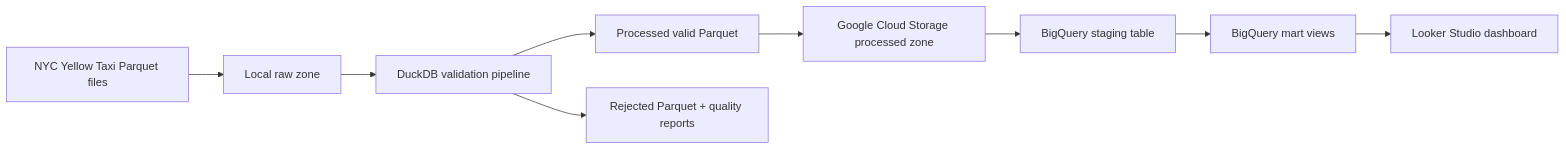
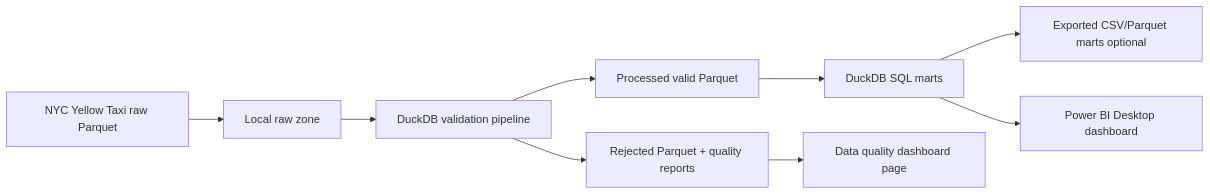
The diagram in Project_nyc-taxi-gcp-data-pipeline/nyc-taxi-gcp-data-pipeline/README.md (kriangsak0066/data-engineering-portfolio), drawn with Mermaid before and after one commit. The commit also changed other lines of this file and 17 other files, not shown here.

Commit message:
Convert NYC taxi project to local analytics

````diff
--- a/Project_nyc-taxi-gcp-data-pipeline/nyc-taxi-gcp-data-pipeline/README.md
+++ b/Project_nyc-taxi-gcp-data-pipeline/nyc-taxi-gcp-data-pipeline/README.md
@@ -41,11 +40,11 @@
 ```mermaid
 flowchart LR
-    A["NYC Yellow Taxi Parquet files"] --> B["Local raw zone"]
+    A["NYC Yellow Taxi raw Parquet"] --> B["Local raw zone"]
     B --> C["DuckDB validation pipeline"]
     C --> D["Processed valid Parquet"]
     C --> E["Rejected Parquet + quality reports"]
-    D --> F["Google Cloud Storage processed zone"]
-    F --> G["BigQuery staging table"]
-    G --> H["BigQuery mart views"]
-    H --> I["Looker Studio dashboard"]
+    D --> F["DuckDB SQL marts"]
+    F --> G["Exported CSV/Parquet marts optional"]
+    F --> H["Power BI Desktop dashboard"]
+    E --> I["Data quality dashboard page"]
 ```
````
